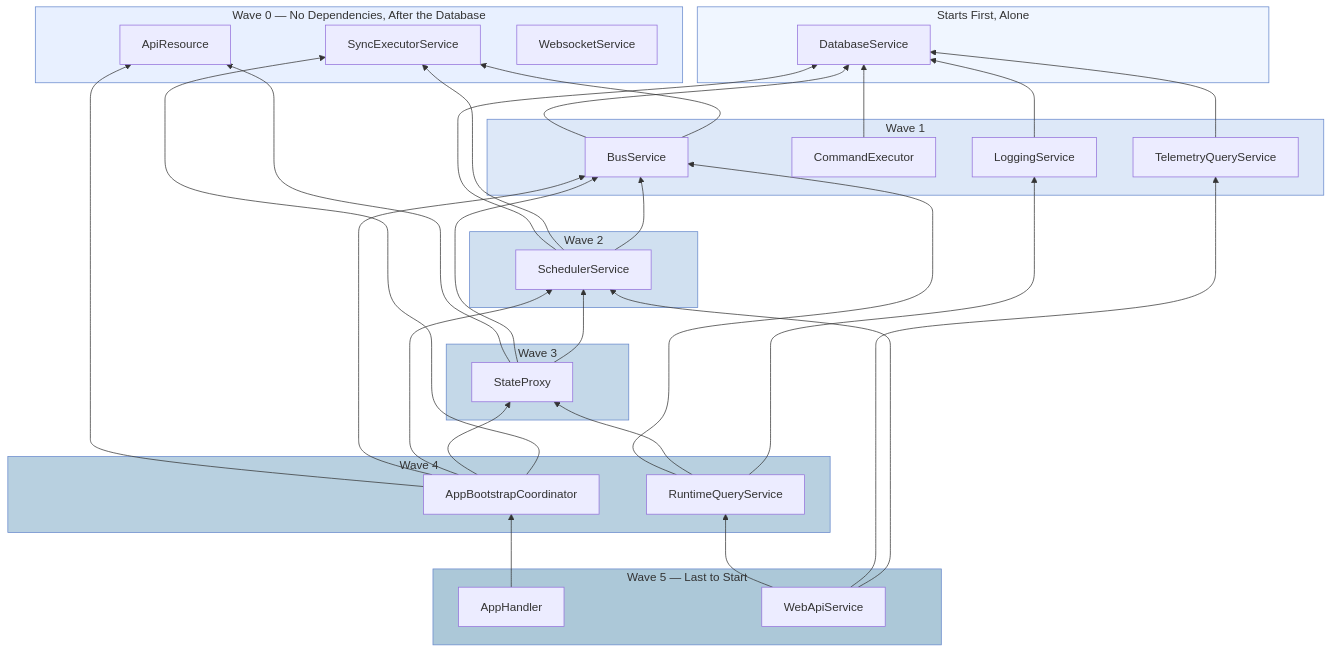
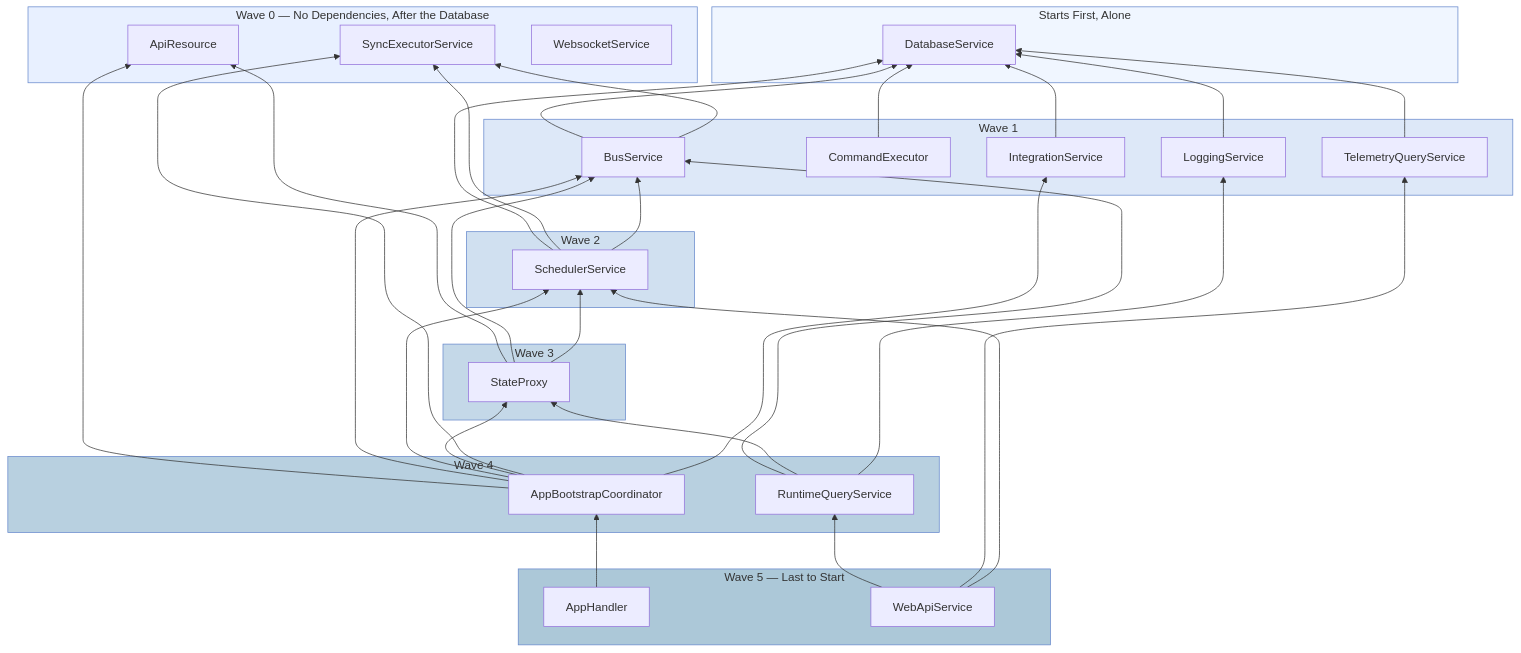
One commit to NodeJSmith/hassette changed the second of 3 diagrams in docs/pages/core-concepts/internals/index.md. Above: the diagram before and after it, drawn with Mermaid. The commit also changed other lines of this file and 64 other files, not shown here.

````diff
--- a/docs/pages/core-concepts/internals/index.md
+++ b/docs/pages/core-concepts/internals/index.md
@@ -99,59 +99,61 @@
 ```mermaid
 graph BT
     accTitle: Service Dependency Graph
     accDescr: Wave-based startup order, DatabaseService alone at the top, then wave 0
 
     subgraph dbwave["Starts First, Alone"]
         DB[DatabaseService]
     end
 
     subgraph wave0["Wave 0 — No Dependencies, After the Database"]
         SYNC[SyncExecutorService]
         API[ApiResource]
         WS[WebsocketService]
     end
 
     subgraph wave1["Wave 1"]
         BUS[BusService]
         CMD[CommandExecutor]
         LOG[LoggingService]
         TQS[TelemetryQueryService]
+        INT[IntegrationService]
     end
 
     subgraph wave2["Wave 2"]
         SCHED[SchedulerService]
     end
 
     subgraph wave3["Wave 3"]
         SP[StateProxy]
     end
 
     subgraph wave4["Wave 4"]
         ABC[AppBootstrapCoordinator]
         RQS[RuntimeQueryService]
     end
 
     subgraph wave5["Wave 5 — Last to Start"]
         AH[AppHandler]
         WEB[WebApiService]
     end
 
     BUS --> DB & SYNC
     SCHED --> DB & SYNC & BUS
     CMD --> DB
     LOG --> DB
     TQS --> DB
     SP --> API & BUS & SCHED
-    ABC --> API & BUS & SCHED & SP & SYNC
+    INT --> DB
+    ABC --> API & BUS & SCHED & SP & SYNC & INT
     RQS --> BUS & SP & LOG
     AH --> ABC
     WEB --> RQS & TQS & SCHED
 
     style dbwave fill:#f0f6ff,stroke:#6688cc
     style wave0 fill:#e8f0ff,stroke:#6688cc
     style wave1 fill:#dde8f8,stroke:#6688cc
     style wave2 fill:#d0e0f0,stroke:#6688cc
     style wave3 fill:#c4d8e8,stroke:#6688cc
     style wave4 fill:#b8d0e0,stroke:#6688cc
     style wave5 fill:#acc8d8,stroke:#6688cc
 ```
````
